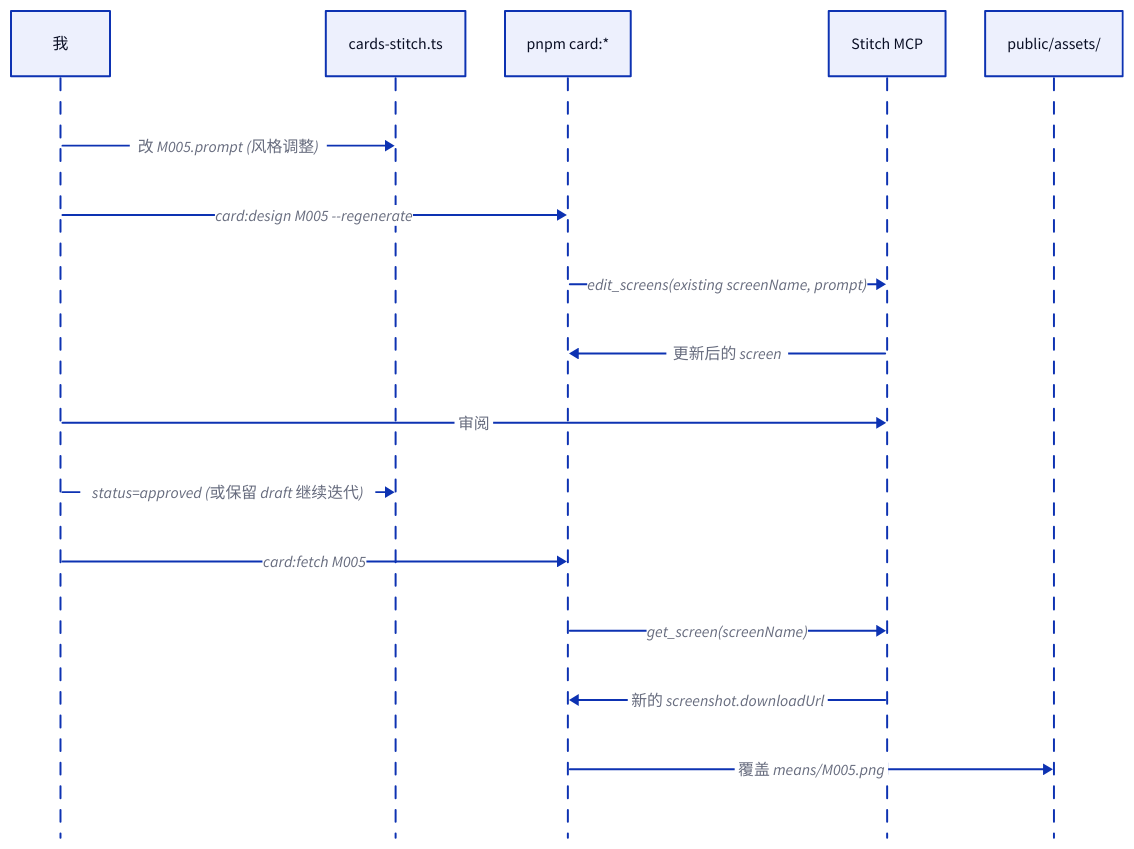
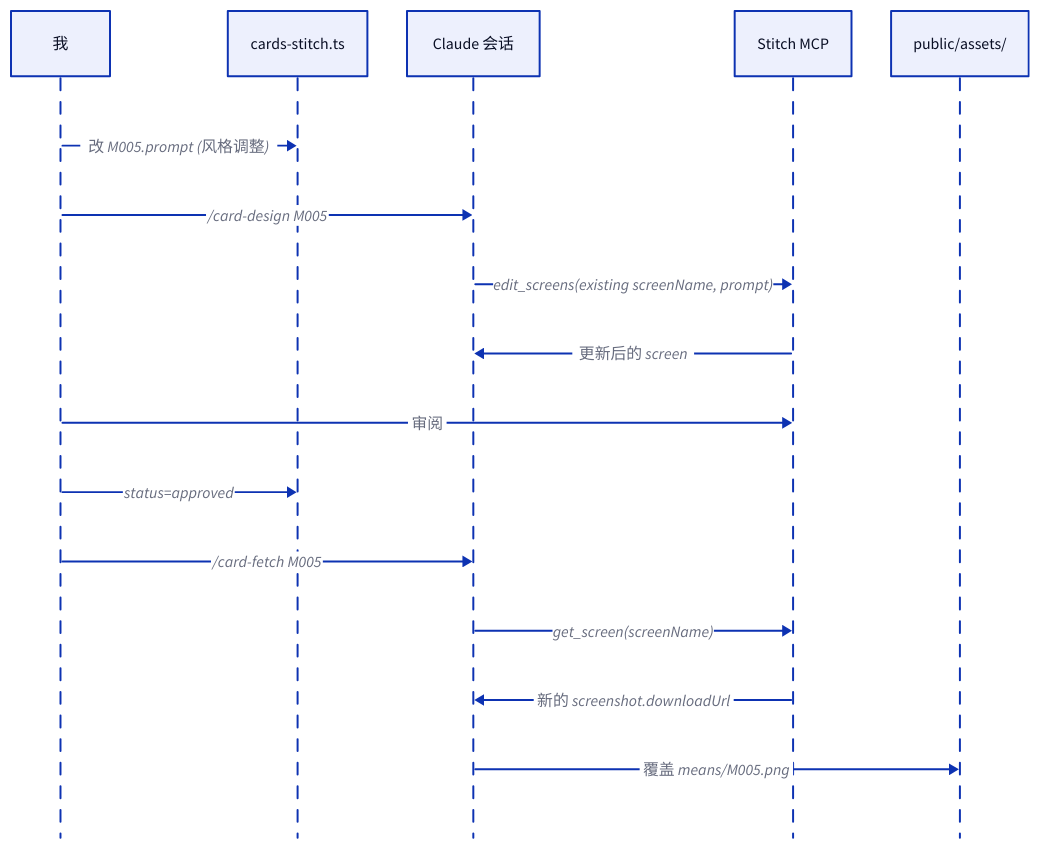
The third of 3 diagrams in .claude/blog/20260423-stitch-card-workflow.md (xbghc/crime-scene-investigation), drawn with D2 before and after one commit. The commit also changed other lines of this file and 6 other files, not shown here.

First line of the commit message:
docs: fix card-workflow post — split MCP vs npm, tidy CLI-isms

````diff
--- a/.claude/blog/20260423-stitch-card-workflow.md
+++ b/.claude/blog/20260423-stitch-card-workflow.md
@@ -137,21 +155,21 @@
 ```d2
 # diagrams/stitch-card-workflow/flow-update.d2
 shape: sequence_diagram
 
 dev: 我
 design: cards-stitch.ts
-cli: pnpm card:*
+claude: Claude 会话
 stitch: Stitch MCP
 assets: public/assets/
 
 dev -> design: 改 M005.prompt (风格调整)
-dev -> cli: card:design M005 --regenerate
-cli -> stitch: edit_screens(existing screenName, prompt)
-stitch -> cli: 更新后的 screen
+dev -> claude: /card-design M005
+claude -> stitch: edit_screens(existing screenName, prompt)
+stitch -> claude: 更新后的 screen
 dev -> stitch: 审阅
-dev -> design: status=approved (或保留 draft 继续迭代)
-dev -> cli: card:fetch M005
-cli -> stitch: get_screen(screenName)
-stitch -> cli: 新的 screenshot.downloadUrl
-cli -> assets: 覆盖 means/M005.png
+dev -> design: status=approved
+dev -> claude: /card-fetch M005
+claude -> stitch: get_screen(screenName)
+stitch -> claude: 新的 screenshot.downloadUrl
+claude -> assets: 覆盖 means/M005.png
 ```
````
